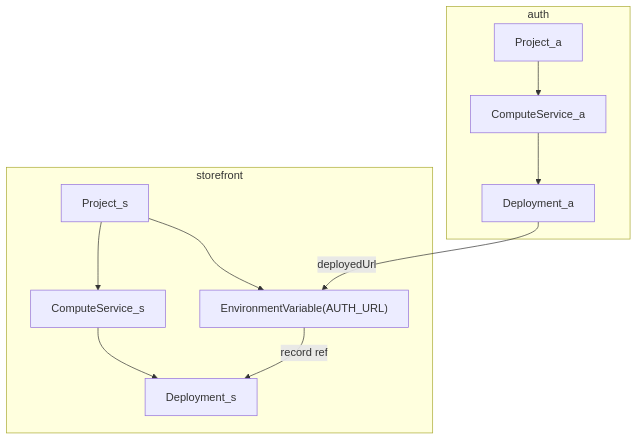
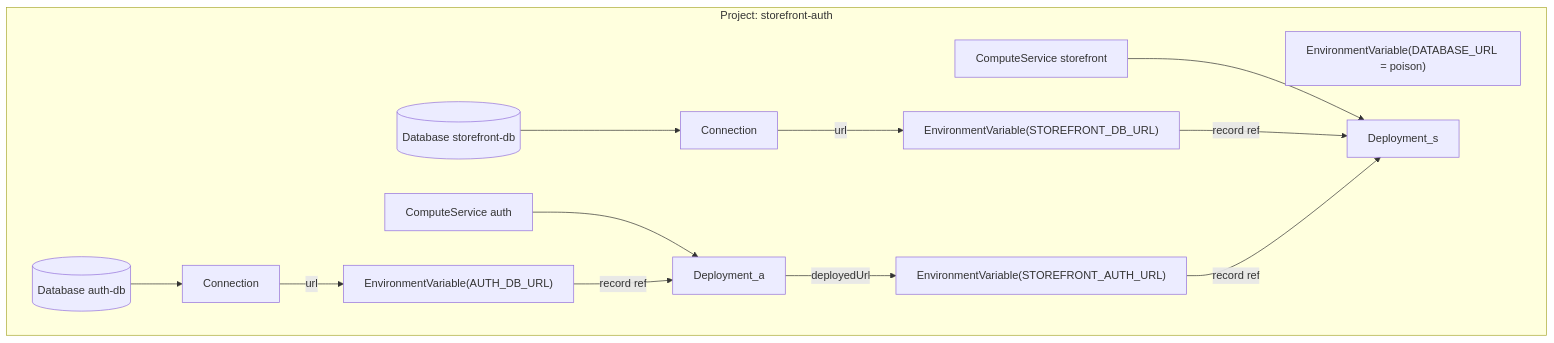
The second of 2 diagrams in docs/design/05-prisma-cloud/alchemy-lowering.md (prisma/compose), drawn with Mermaid before and after one commit. The commit also changed other lines of this file and 3 other files, not shown here.

First line of the commit message:
docs(design): one Project per application; DATABASE_URL forbidden and poisoned

````diff
--- a/docs/design/05-prisma-cloud/alchemy-lowering.md
+++ b/docs/design/05-prisma-cloud/alchemy-lowering.md
@@ -59,12 +90,14 @@
 ```mermaid
 flowchart TB
-  subgraph auth
-    Pa[Project_a] --> Sa[ComputeService_a] --> Da[Deployment_a]
+  subgraph P [Project: storefront-auth]
+    POISON["EnvironmentVariable(DATABASE_URL = poison)"]
+    DBa[(Database auth-db)] --> Ca[Connection] -- url --> EVa["EnvironmentVariable(AUTH_DB_URL)"]
+    DBs[(Database storefront-db)] --> Cs[Connection] -- url --> EVs["EnvironmentVariable(STOREFRONT_DB_URL)"]
+    Sa[ComputeService auth] --> Da[Deployment_a]
+    Ss[ComputeService storefront] --> Ds[Deployment_s]
+    EVa -- record ref --> Da
+    EVs -- record ref --> Ds
+    Da -- deployedUrl --> EVu["EnvironmentVariable(STOREFRONT_AUTH_URL)"]
+    EVu -- record ref --> Ds
   end
-  subgraph storefront
-    Ps[Project_s] --> Ss[ComputeService_s] --> Ds[Deployment_s]
-    Ps --> EV["EnvironmentVariable(AUTH_URL)"]
-    EV -- record ref --> Ds
-  end
-  Da -- deployedUrl --> EV
 ```
````
